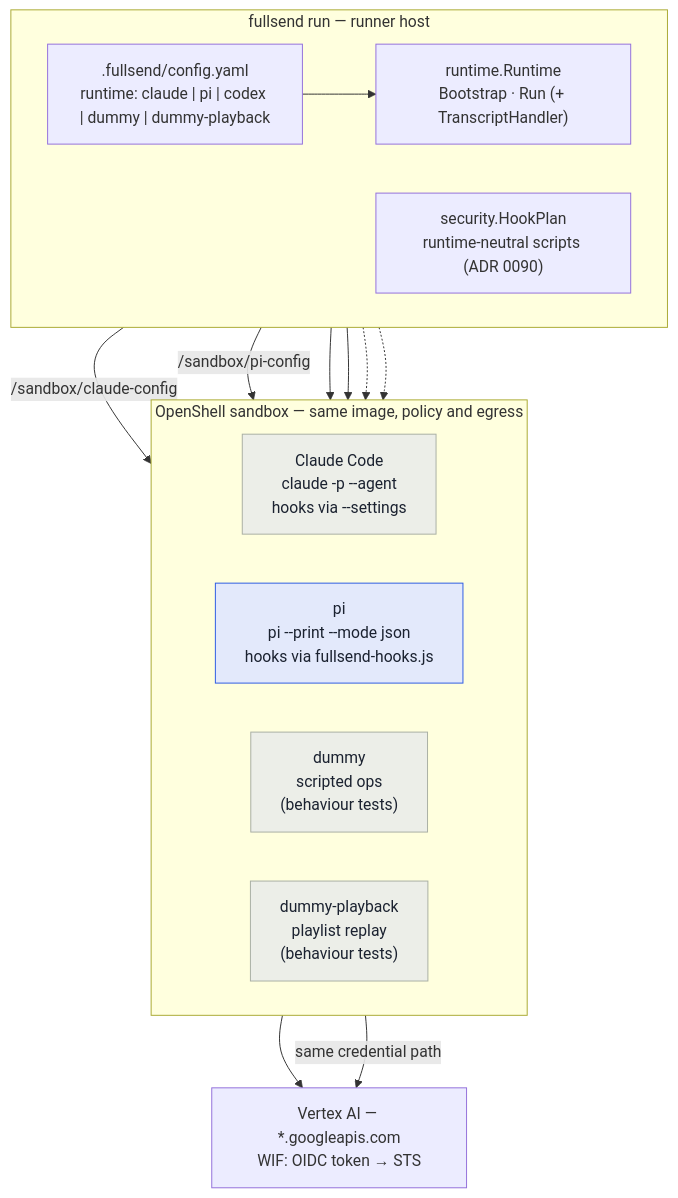
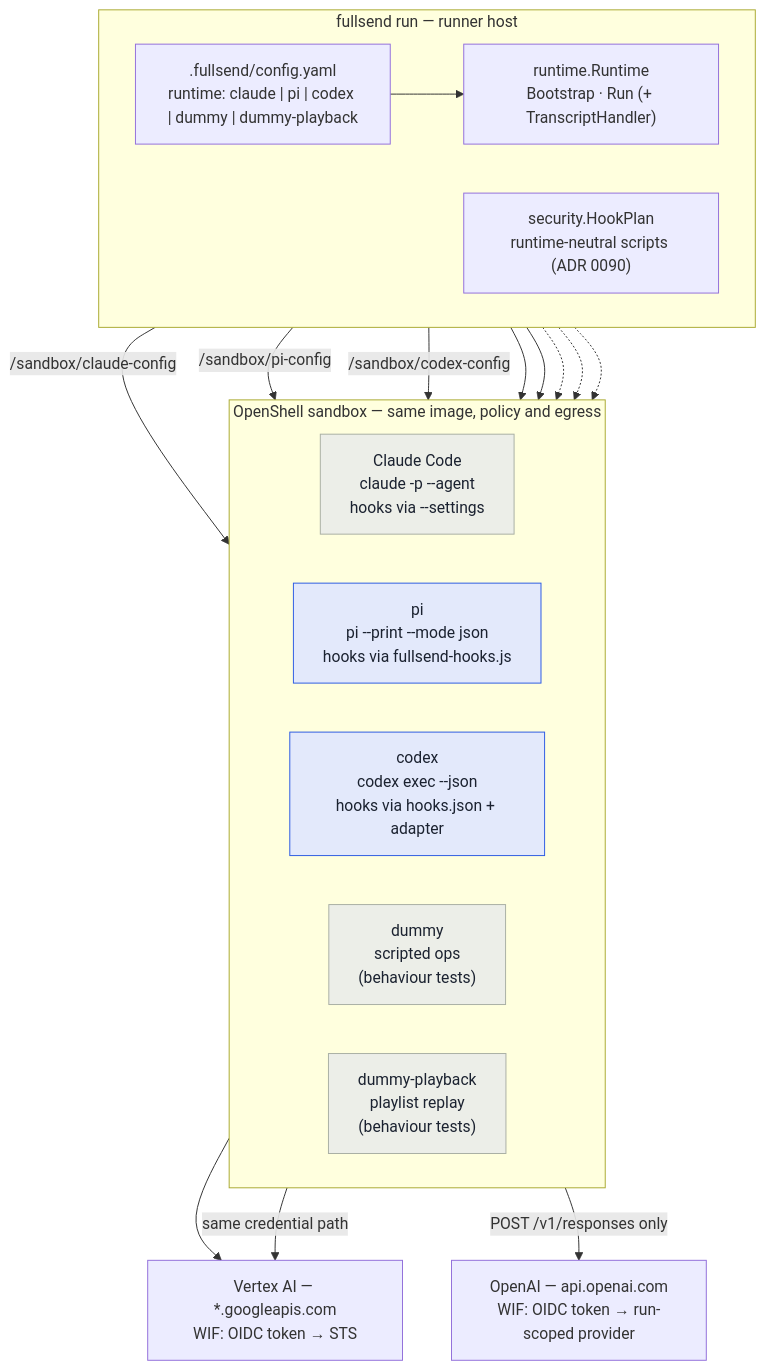
The first of 2 diagrams in docs/architecture.md (dhshah13/fullsend), drawn with Mermaid before and after one commit. The commit also changed 26 other files, not shown here.

````diff
--- a/docs/architecture.md
+++ b/docs/architecture.md
@@ -189,30 +189,35 @@
 ```mermaid
 flowchart TB
   subgraph RUNNER["fullsend run — runner host"]
     direction LR
     CFG[".fullsend/config.yaml\nruntime: claude | pi | codex | dummy | dummy-playback"]
     RT["runtime.Runtime\nBootstrap · Run (+ TranscriptHandler)"]
     HOOKS["security.HookPlan\nruntime-neutral scripts (ADR 0090)"]
     CFG --> RT
   end
   subgraph SANDBOX["OpenShell sandbox — same image, policy and egress"]
     direction LR
     CC["Claude Code\nclaude -p --agent\nhooks via --settings"]
     PI["pi\npi --print --mode json\nhooks via fullsend-hooks.js"]
+    CX["codex\ncodex exec --json\nhooks via hooks.json + adapter"]
     DM["dummy\nscripted ops\n(behaviour tests)"]
     DP["dummy-playback\nplaylist replay\n(behaviour tests)"]
   end
   RT -->|"/sandbox/claude-config"| CC
   RT -->|"/sandbox/pi-config"| PI
+  RT -->|"/sandbox/codex-config"| CX
   RT --> DM
   RT --> DP
   HOOKS -.-> CC
   HOOKS -.-> PI
+  HOOKS -.-> CX
   VX["Vertex AI — *.googleapis.com\nWIF: OIDC token → STS"]
+  OA["OpenAI — api.openai.com\nWIF: OIDC token → run-scoped provider"]
   CC --> VX
   PI -->|"same credential path"| VX
+  CX -->|"POST /v1/responses only"| OA
   classDef opt fill:#e3e9fb,stroke:#2d5be3,color:#1b2230;
   classDef def fill:#eceee8,stroke:#a9afa4,color:#1b2230;
-  class PI opt;
+  class PI,CX opt;
   class CC,DM,DP def;
 ```
````
